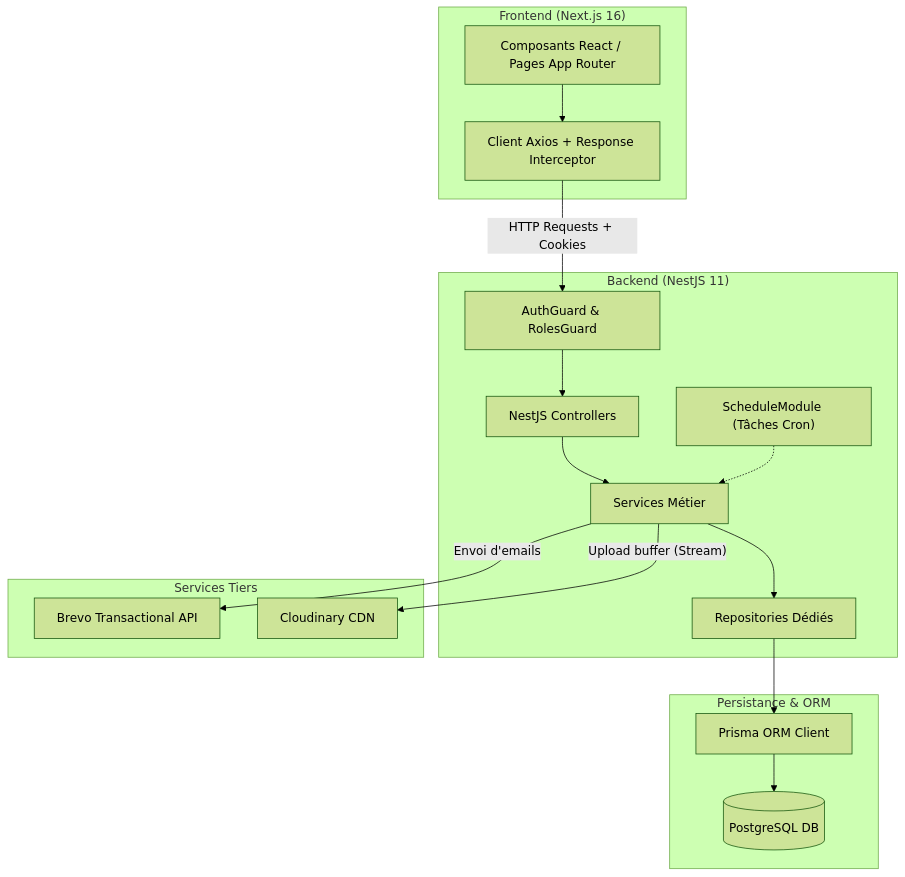
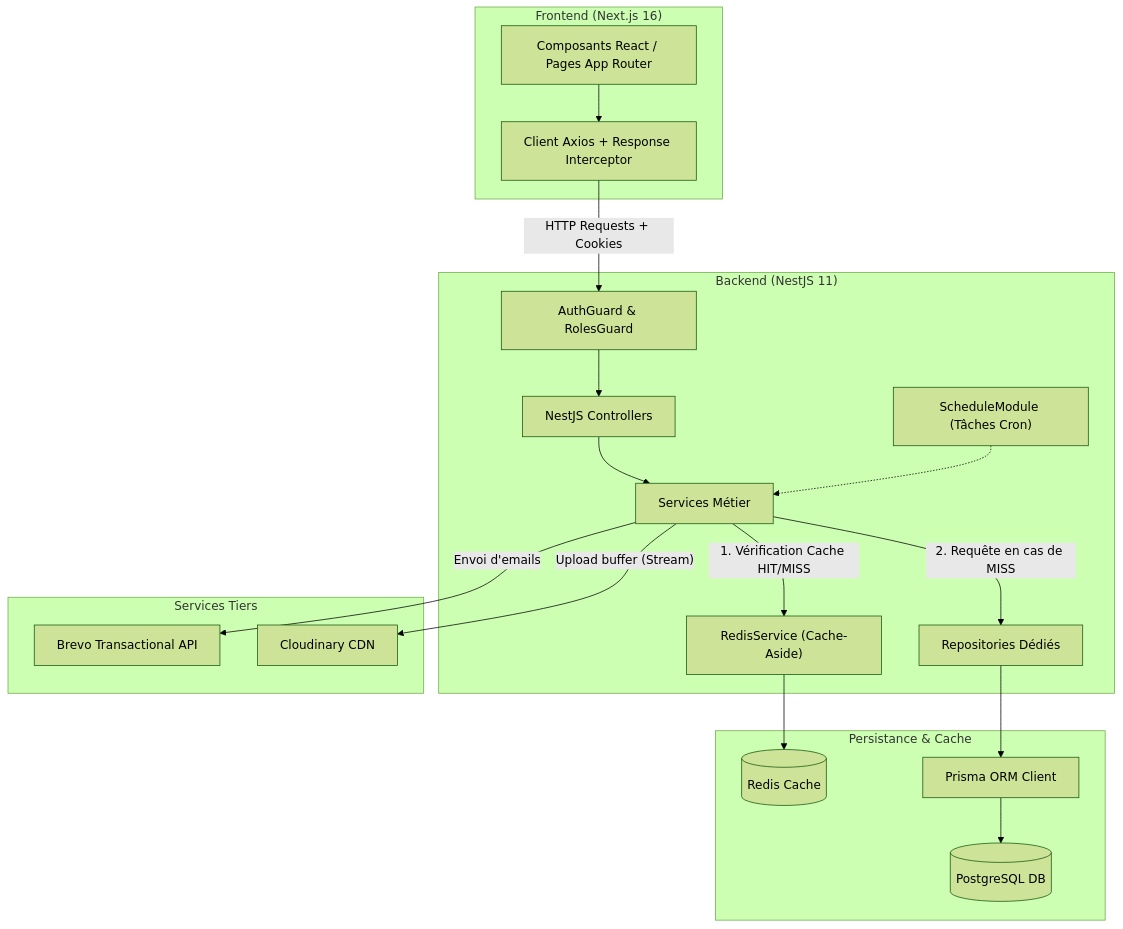
Before and after one commit to rihem-akermi/freeForU: the first of 9 diagrams in README.md, drawn with Mermaid (forest theme). The commit also changed other lines of this file, not shown here.

Commit message:
add pagination and Redis caching to public agent listing

````diff
--- a/README.md
+++ b/README.md
@@ -102,36 +103,40 @@
 ```mermaid
 flowchart TD
     subgraph Frontend["Frontend (Next.js 16)"]
         UI["Composants React / Pages App Router"]
         AxiosClient["Client Axios + Response Interceptor"]
         UI --> AxiosClient
     end
 
     subgraph Backend["Backend (NestJS 11)"]
         Guard["AuthGuard & RolesGuard"]
         Controller["NestJS Controllers"]
         Service["Services Métier"]
+        RedisServ["RedisService (Cache-Aside)"]
         Repo["Repositories Dédiés"]
         CronTask["ScheduleModule (Tâches Cron)"]
 
         AxiosClient -->|"HTTP Requests + Cookies"| Guard
         Guard --> Controller
         Controller --> Service
         CronTask -.-> Service
-        Service --> Repo
+        Service -->|"1. Vérification Cache HIT/MISS"| RedisServ
+        Service -->|"2. Requête en cas de MISS"| Repo
     end
 
-    subgraph Data["Persistance & ORM"]
+    subgraph Data["Persistance & Cache"]
+        Redis[(Redis Cache)]
         Prisma["Prisma ORM Client"]
         Postgres[(PostgreSQL DB)]
+        RedisServ --> Redis
         Repo --> Prisma
         Prisma --> Postgres
     end
 
     subgraph External["Services Tiers"]
         BrevoAPI["Brevo Transactional API"]
         CloudinaryAPI["Cloudinary CDN"]
         Service -->|"Envoi d'emails"| BrevoAPI
         Service -->|"Upload buffer (Stream)"| CloudinaryAPI
     end
 ```
````
